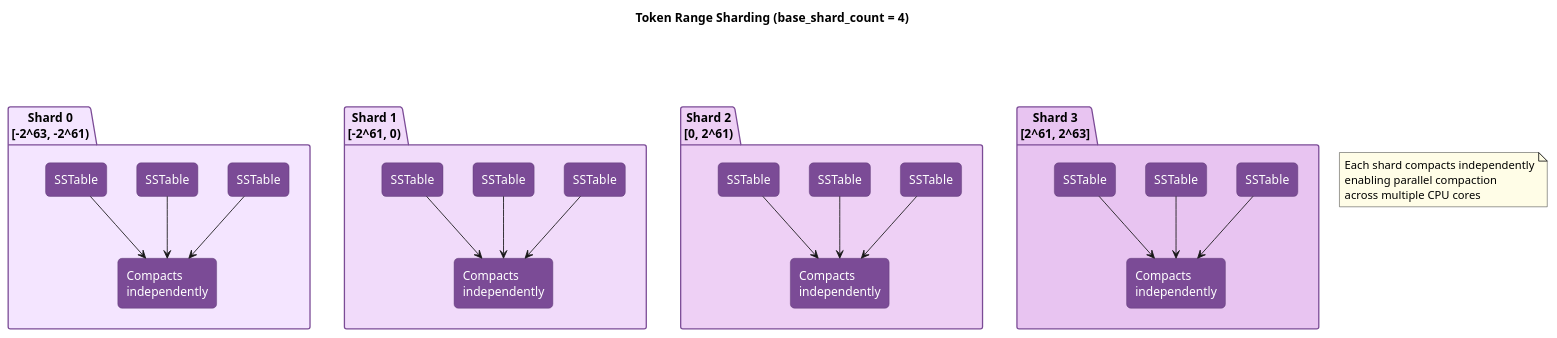
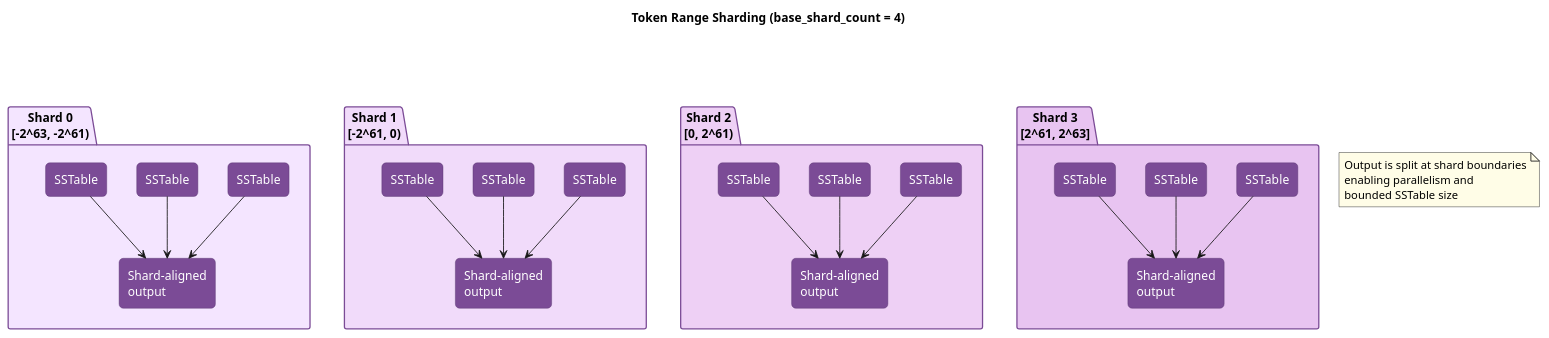
One commit to axonops/documentation changed the first of 3 diagrams in docs/data-platforms/cassandra/architecture/storage-engine/compaction/ucs.md. Above: the diagram before and after it, drawn with PlantUML. The commit also changed other lines of this file and 3 other files, not shown here.

````diff
--- a/docs/data-platforms/cassandra/architecture/storage-engine/compaction/ucs.md
+++ b/docs/data-platforms/cassandra/architecture/storage-engine/compaction/ucs.md
@@ -79,70 +67,70 @@
 ```plantuml
 @startuml
-skinparam backgroundColor transparent
+skinparam backgroundColor white
 title Token Range Sharding (base_shard_count = 4)
 
 skinparam packageBackgroundColor #F9E5FF
 skinparam packageBorderColor #7B4B96
 
 skinparam rectangle {
     BackgroundColor #7B4B96
     FontColor white
     BorderColor #5A3670
     roundCorner 10
 }
 
 package "Shard 0\n[-2^63, -2^61)" as S0 #F4E5FF {
     rectangle "SSTable" as s0a
     rectangle "SSTable" as s0b
     rectangle "SSTable" as s0c
-    rectangle "Compacts\nindependently" as comp0
+    rectangle "Shard-aligned\noutput" as comp0
 }
 
 package "Shard 1\n[-2^61, 0)" as S1 #F1DBFA {
     rectangle "SSTable" as s1a
     rectangle "SSTable" as s1b
     rectangle "SSTable" as s1c
-    rectangle "Compacts\nindependently" as comp1
+    rectangle "Shard-aligned\noutput" as comp1
 }
 
 package "Shard 2\n[0, 2^61)" as S2 #EED0F5 {
     rectangle "SSTable" as s2a
     rectangle "SSTable" as s2b
     rectangle "SSTable" as s2c
-    rectangle "Compacts\nindependently" as comp2
+    rectangle "Shard-aligned\noutput" as comp2
 }
 
 package "Shard 3\n[2^61, 2^63]" as S3 #E8C4F1 {
     rectangle "SSTable" as s3a
     rectangle "SSTable" as s3b
     rectangle "SSTable" as s3c
-    rectangle "Compacts\nindependently" as comp3
+    rectangle "Shard-aligned\noutput" as comp3
 }
 
 s0a -down-> comp0
 s0b -down-> comp0
 s0c -down-> comp0
 
 s1a -down-> comp1
 s1b -down-> comp1
 s1c -down-> comp1
 
 s2a -down-> comp2
 s2b -down-> comp2
 s2c -down-> comp2
 
 s3a -down-> comp3
 s3b -down-> comp3
 s3c -down-> comp3
 
 S0 -[hidden]right- S1
 S1 -[hidden]right- S2
 S2 -[hidden]right- S3
 
 note as N1 #FFFDE7
-  Each shard compacts independently
-  enabling parallel compaction
-  across multiple CPU cores
+  Output is split at shard boundaries
+  enabling parallelism and
+  bounded SSTable size
 end note
 @enduml
 ```
````
